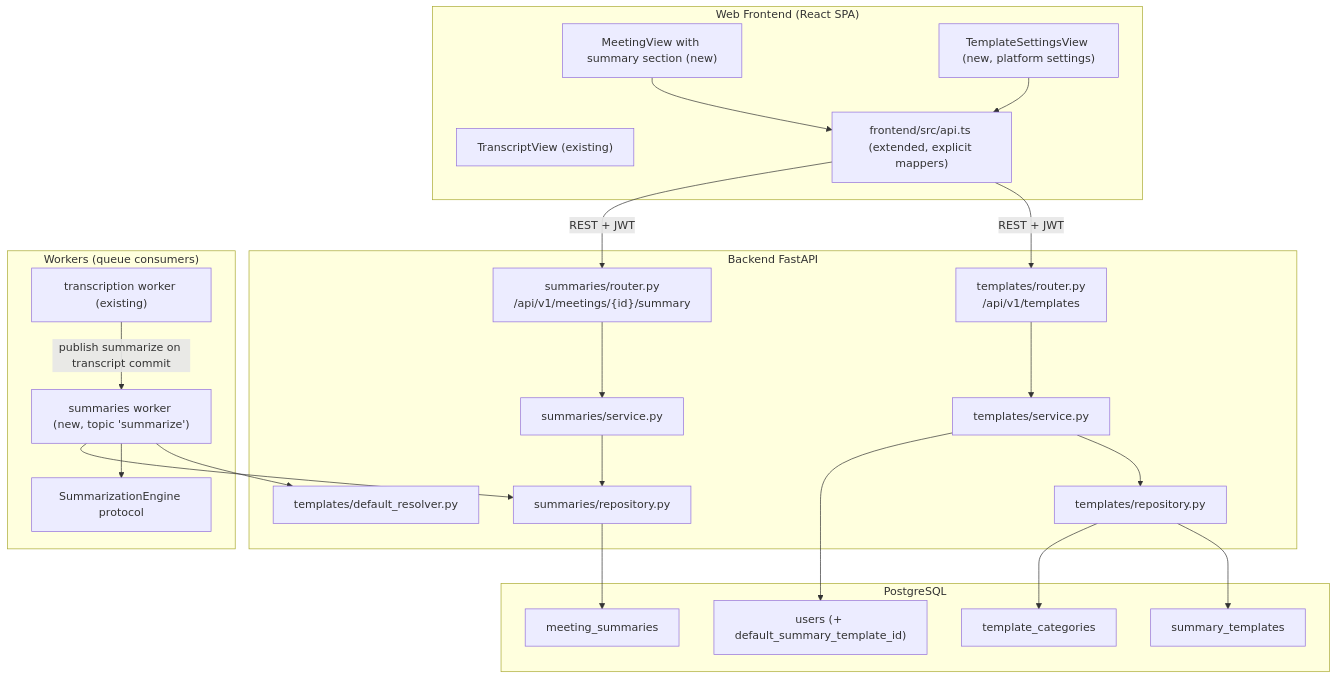
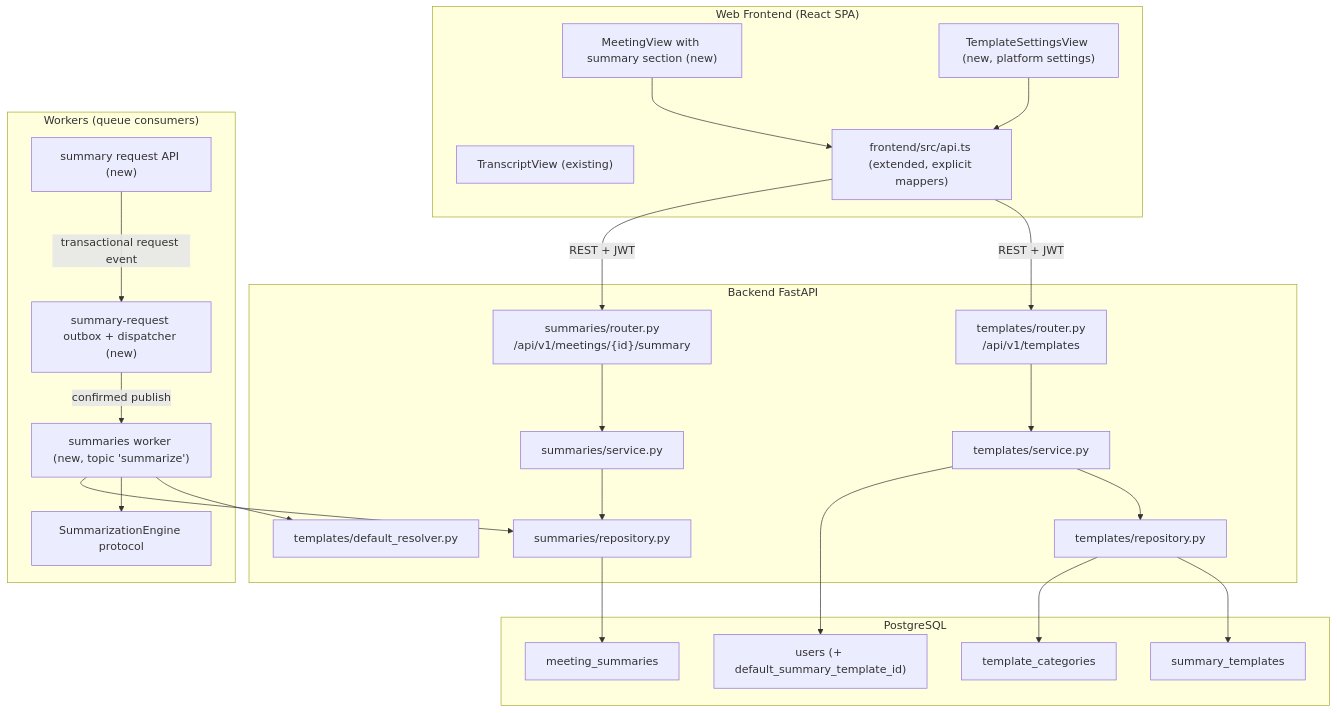
One commit to lufermalgo/sauri changed the first of 3 diagrams in .spectra/specs/meeting-summaries-templates/design.md. Above: the diagram before and after it, drawn with Mermaid. The commit also changed other lines of this file, not shown here.

Commit message:
docs(spectra): revise meeting summary design flow

````diff
--- a/.spectra/specs/meeting-summaries-templates/design.md
+++ b/.spectra/specs/meeting-summaries-templates/design.md
@@ -171,47 +150,49 @@
 ```mermaid
 graph TD
     subgraph "Web Frontend (React SPA)"
         MV["MeetingView with summary section (new)"]
         TV["TranscriptView (existing)"]
         TSV["TemplateSettingsView (new, platform settings)"]
         APIF["frontend/src/api.ts (extended, explicit mappers)"]
     end
 
     subgraph "Backend FastAPI"
         TR["templates/router.py<br/>/api/v1/templates"]
         TS["templates/service.py"]
         TREP["templates/repository.py"]
         SR["summaries/router.py<br/>/api/v1/meetings/{id}/summary"]
         SS["summaries/service.py"]
         SREP["summaries/repository.py"]
         RES["templates/default_resolver.py"]
     end
 
     subgraph "Workers (queue consumers)"
-        TW["transcription worker (existing)"]
+        UIREQ["summary request API (new)"]
+        OUT["summary-request outbox + dispatcher (new)"]
         SW["summaries worker (new, topic 'summarize')"]
         ENG["SummarizationEngine protocol"]
     end
 
     subgraph "PostgreSQL"
         T["summary_templates"]
         C["template_categories"]
         MS["meeting_summaries"]
         U["users (+ default_summary_template_id)"]
     end
 
     MV --> APIF
     TSV --> APIF
     APIF -->|REST + JWT| TR
     APIF -->|REST + JWT| SR
-    TW -->|publish summarize on transcript commit| SW
+    UIREQ -->|transactional request event| OUT
+    OUT -->|confirmed publish| SW
     SW --> RES
     SW --> ENG
     SW --> SREP
     TR --> TS --> TREP
     SR --> SS --> SREP
     TS --> U
     TREP --> T
     TREP --> C
     SREP --> MS
 ```
````
